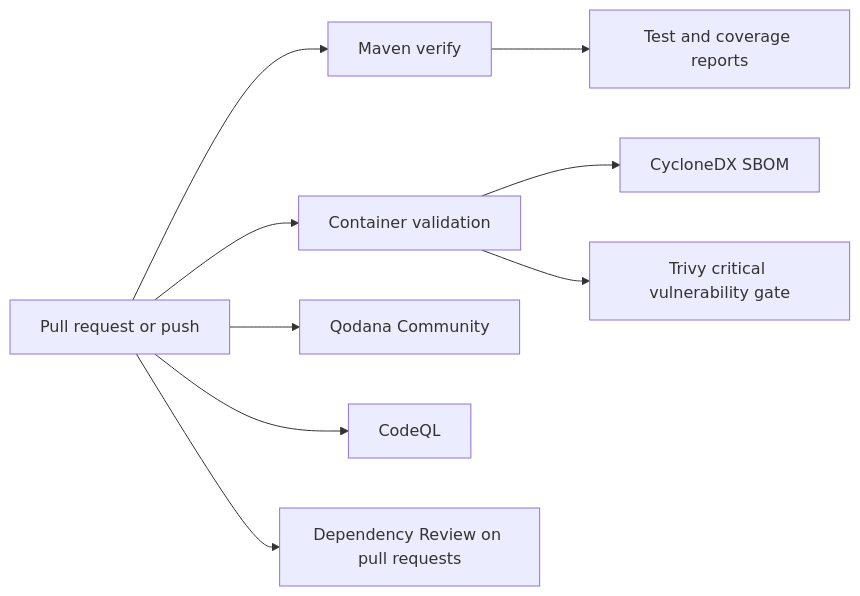
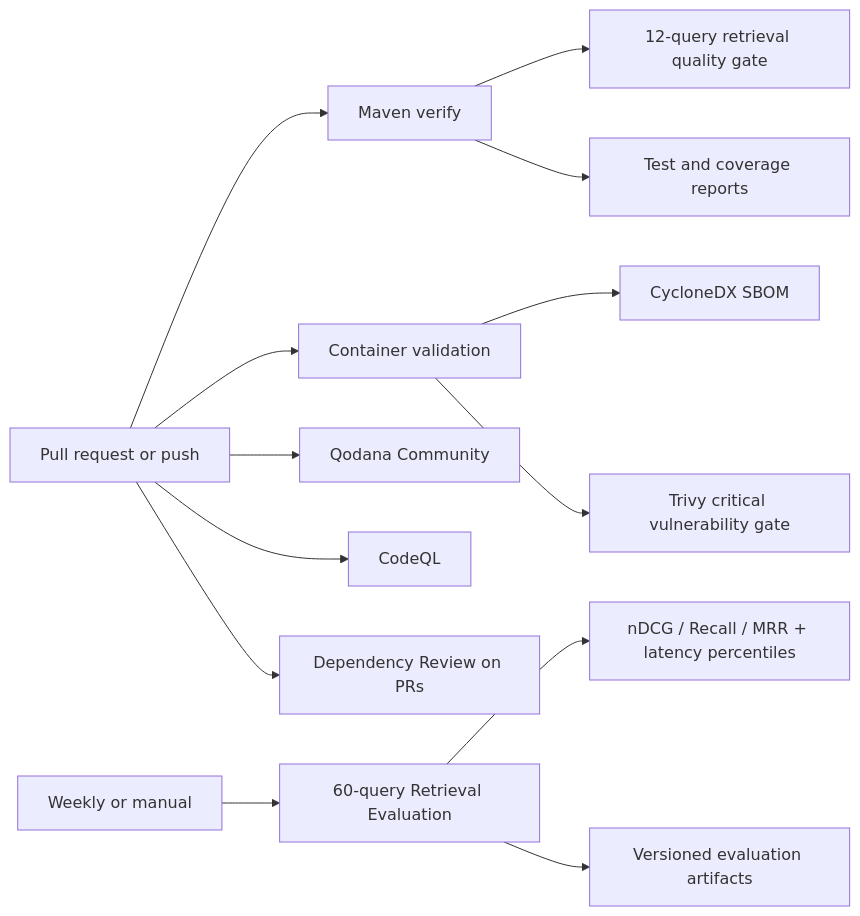
One commit to Luca5Eckert/Kairos changed the third of 3 diagrams in README.md. Above: the diagram before and after it, drawn with Mermaid. The commit also changed other lines of this file, not shown here.

Commit message:
docs: publish retrieval evaluation and CI policy

````diff
--- a/README.md
+++ b/README.md
@@ -212,11 +435,16 @@
 ```mermaid
 flowchart LR
-    event[Pull request or push] --> validation[Maven verify]
-    event --> container[Container validation]
-    event --> quality[Qodana Community]
-    event --> security[CodeQL]
-    event --> dependency[Dependency Review on pull requests]
+    pr[Pull request or push] --> validation[Maven verify]
+    pr --> container[Container validation]
+    pr --> quality[Qodana Community]
+    pr --> security[CodeQL]
+    pr --> dependency[Dependency Review on PRs]
+    validation --> qualityGate[12-query retrieval quality gate]
     validation --> reports[Test and coverage reports]
     container --> sbom[CycloneDX SBOM]
     container --> trivy[Trivy critical vulnerability gate]
+
+    schedule[Weekly or manual] --> evaluation[60-query Retrieval Evaluation]
+    evaluation --> metrics[nDCG / Recall / MRR + latency percentiles]
+    evaluation --> artifacts[Versioned evaluation artifacts]
 ```
````
